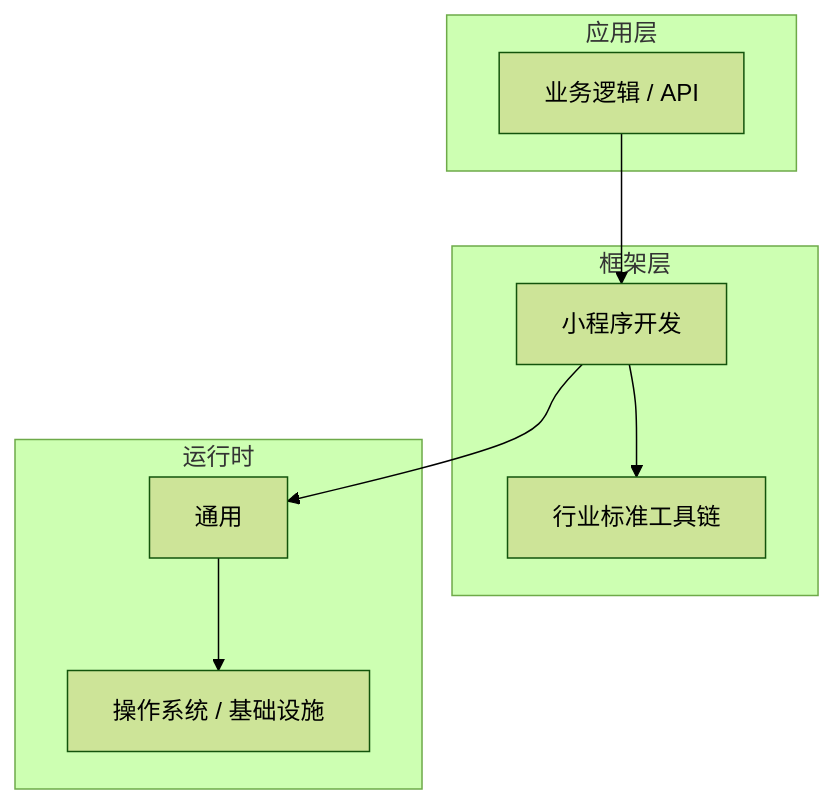
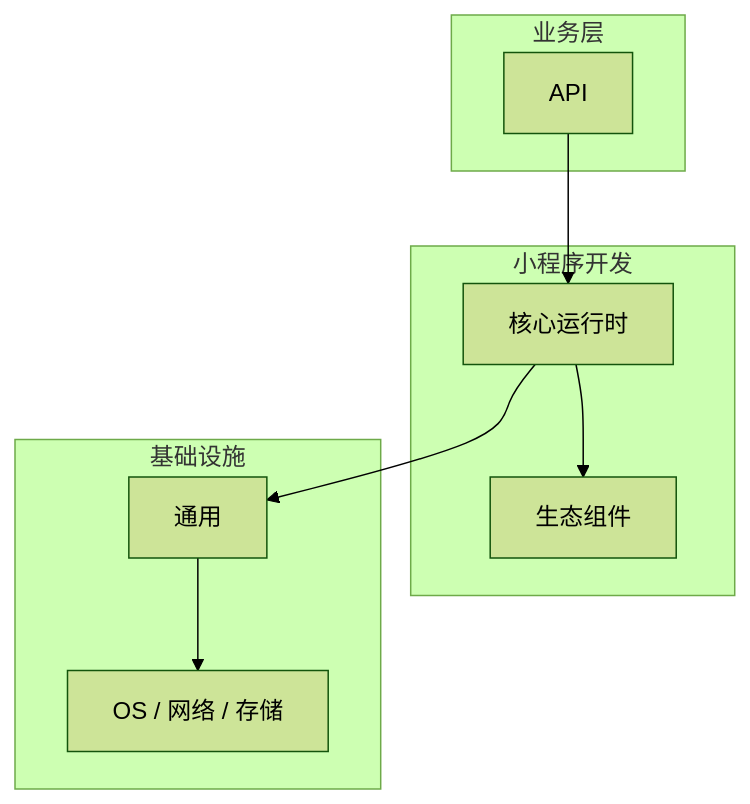
The diagram in articles/小程序开发/chapters/039-API核心概念与原理.md (yanggan2015/knowledge-json-v2), drawn with Mermaid (forest theme) before and after one commit. The commit also changed other lines of this file and 10127 other files, not shown here.

````diff
--- a/articles/小程序开发/chapters/039-API核心概念与原理.md
+++ b/articles/小程序开发/chapters/039-API核心概念与原理.md
@@ -45,18 +34,18 @@
 ```mermaid
 graph TB
-    subgraph 应用层
-        A[业务逻辑 / API]
+    subgraph 业务层
+        A[API]
     end
-    subgraph 框架层
-        B[小程序开发]
-        C[行业标准工具链]
+    subgraph 小程序开发
+        B[核心运行时]
+        C[生态组件]
     end
-    subgraph 运行时
+    subgraph 基础设施
         D[通用]
-        E[操作系统 / 基础设施]
+        E[OS / 网络 / 存储]
     end
     A --> B
     B --> C
     B --> D
     D --> E
 ```
````
